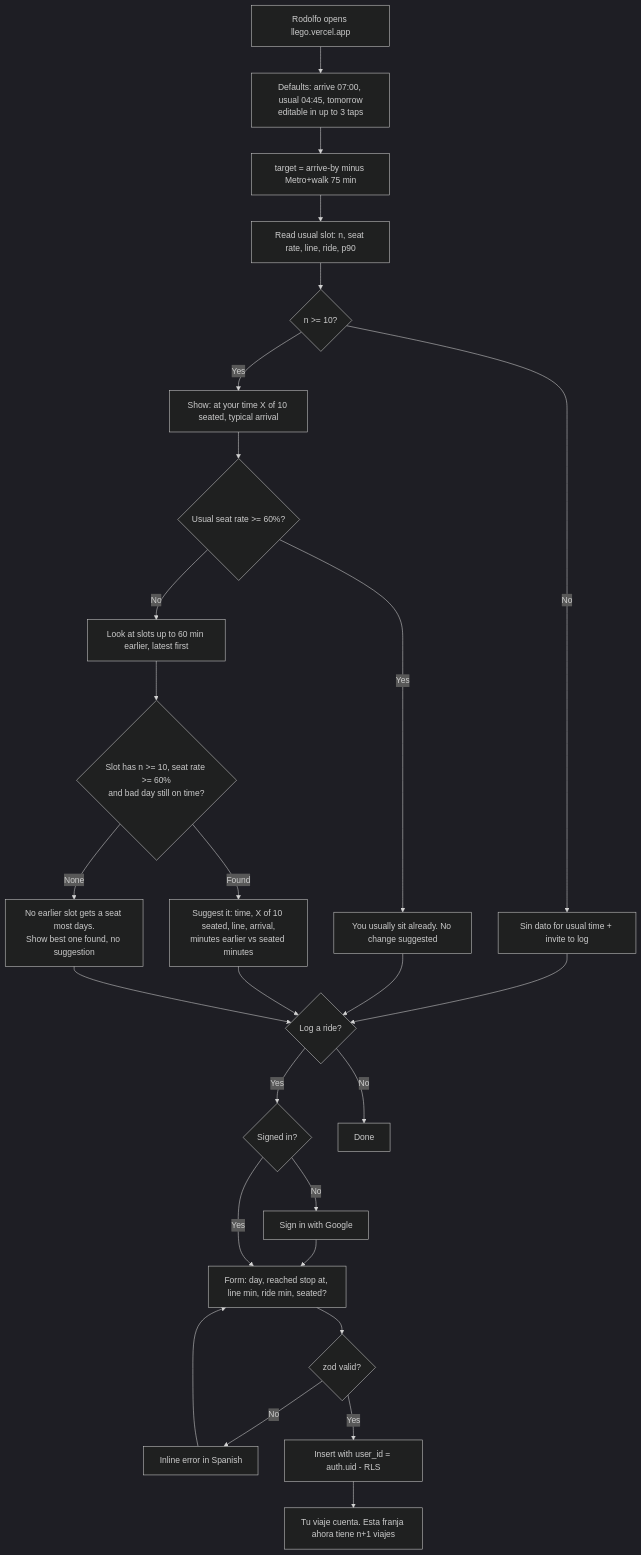
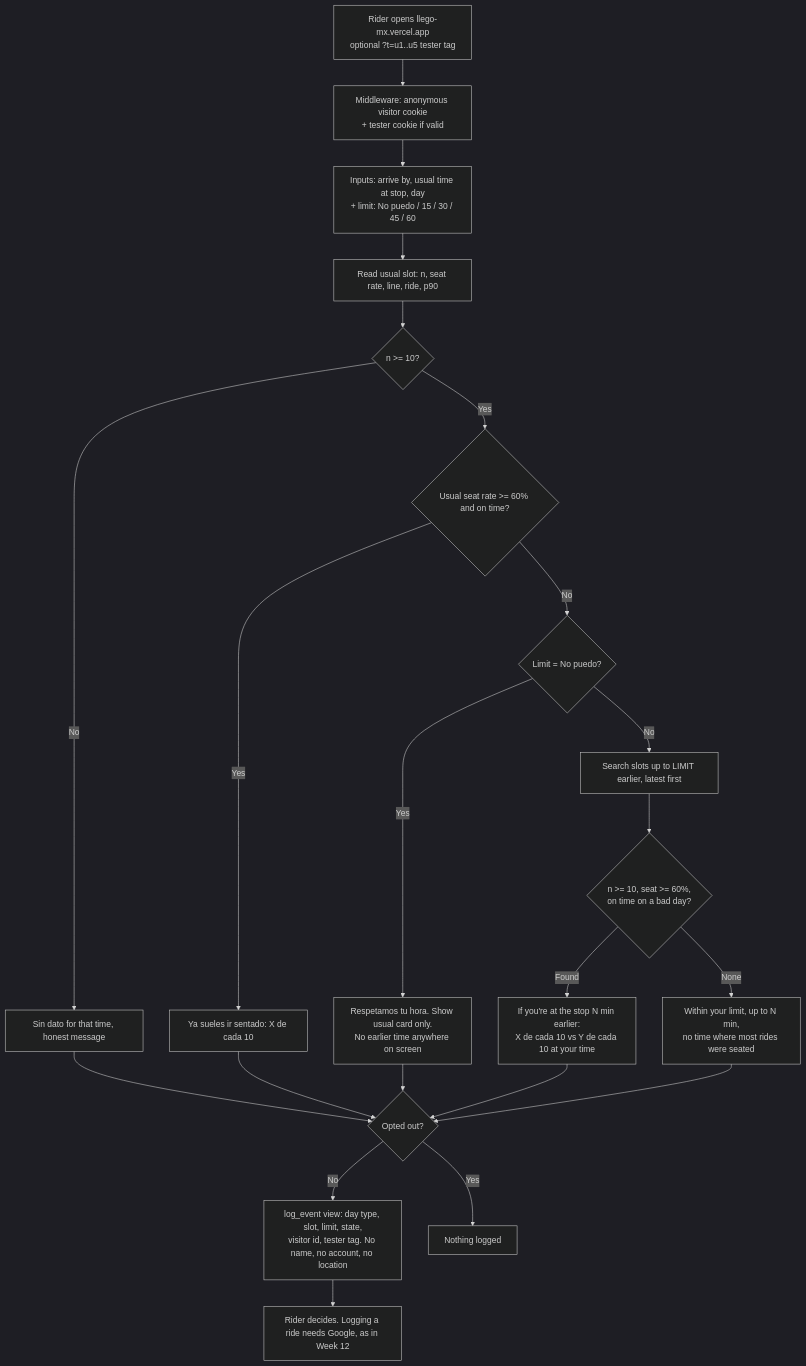
One commit to NickosGit/Llego-mx changed the first of 2 diagrams in docs/PACKET.md. Above: the diagram before and after it, drawn with Mermaid (dark theme). The commit also changed other lines of this file and 4 other files, not shown here.

````diff
--- a/docs/PACKET.md
+++ b/docs/PACKET.md
@@ -82,29 +66,24 @@
 ```mermaid
 flowchart TD
-    A[Rodolfo opens llego.vercel.app] --> B[Defaults: arrive 07:00, usual 04:45, tomorrow<br/>editable in up to 3 taps]
-    B --> C[target = arrive-by minus Metro+walk 75 min]
-    C --> D[Read usual slot: n, seat rate, line, ride, p90]
+    A[Rider opens llego-mx.vercel.app<br/>optional ?t=u1..u5 tester tag] --> MW[Middleware: anonymous visitor cookie<br/>+ tester cookie if valid]
+    MW --> B[Inputs: arrive by, usual time at stop, day<br/>+ limit: No puedo / 15 / 30 / 45 / 60]
+    B --> D[Read usual slot: n, seat rate, line, ride, p90]
     D --> E{n >= 10?}
-    E -- No --> F[Sin dato for usual time + invite to log]
-    E -- Yes --> G[Show: at your time X of 10 seated, typical arrival]
-    G --> H{Usual seat rate >= 60%?}
-    H -- Yes --> I[You usually sit already. No change suggested]
-    H -- No --> J[Look at slots up to 60 min earlier, latest first]
-    J --> K{Slot has n >= 10, seat rate >= 60%<br/>and bad day still on time?}
-    K -- Found --> L[Suggest it: time, X of 10 seated, line, arrival,<br/>minutes earlier vs seated minutes]
-    K -- None --> M[No earlier slot gets a seat most days.<br/>Show best one found, no suggestion]
-    F --> N{Log a ride?}
-    I --> N
-    L --> N
-    M --> N
-    N -- Yes --> O{Signed in?}
-    O -- No --> P[Sign in with Google]
-    P --> Q
-    O -- Yes --> Q[Form: day, reached stop at, line min, ride min, seated?]
-    Q --> R{zod valid?}
-    R -- No --> S[Inline error in Spanish]
-    S --> Q
-    R -- Yes --> T[Insert with user_id = auth.uid - RLS]
-    T --> U[Tu viaje cuenta. Esta franja ahora tiene n+1 viajes]
-    N -- No --> Z[Done]
+    E -- No --> F[Sin dato for that time, honest message]
+    E -- Yes --> G{Usual seat rate >= 60% and on time?}
+    G -- Yes --> H[Ya sueles ir sentado: X de cada 10]
+    G -- No --> L{Limit = No puedo?}
+    L -- Yes --> R[Respetamos tu hora. Show usual card only.<br/>No earlier time anywhere on screen]
+    L -- No --> J[Search slots up to LIMIT earlier, latest first]
+    J --> K{n >= 10, seat >= 60%,<br/>on time on a bad day?}
+    K -- Found --> S[If you're at the stop N min earlier:<br/>X de cada 10 vs Y de cada 10 at your time]
+    K -- None --> M[Within your limit, up to N min,<br/>no time where most rides were seated]
+    F --> EV
+    H --> EV
+    R --> EV
+    S --> EV
+    M --> EV
+    EV{Opted out?} -- No --> LOG[log_event view: day type, slot, limit, state,<br/>visitor id, tester tag. No name, no account, no location]
+    EV -- Yes --> Z[Nothing logged]
+    LOG --> Z2[Rider decides. Logging a ride needs Google, as in Week 12]
 ```
````
